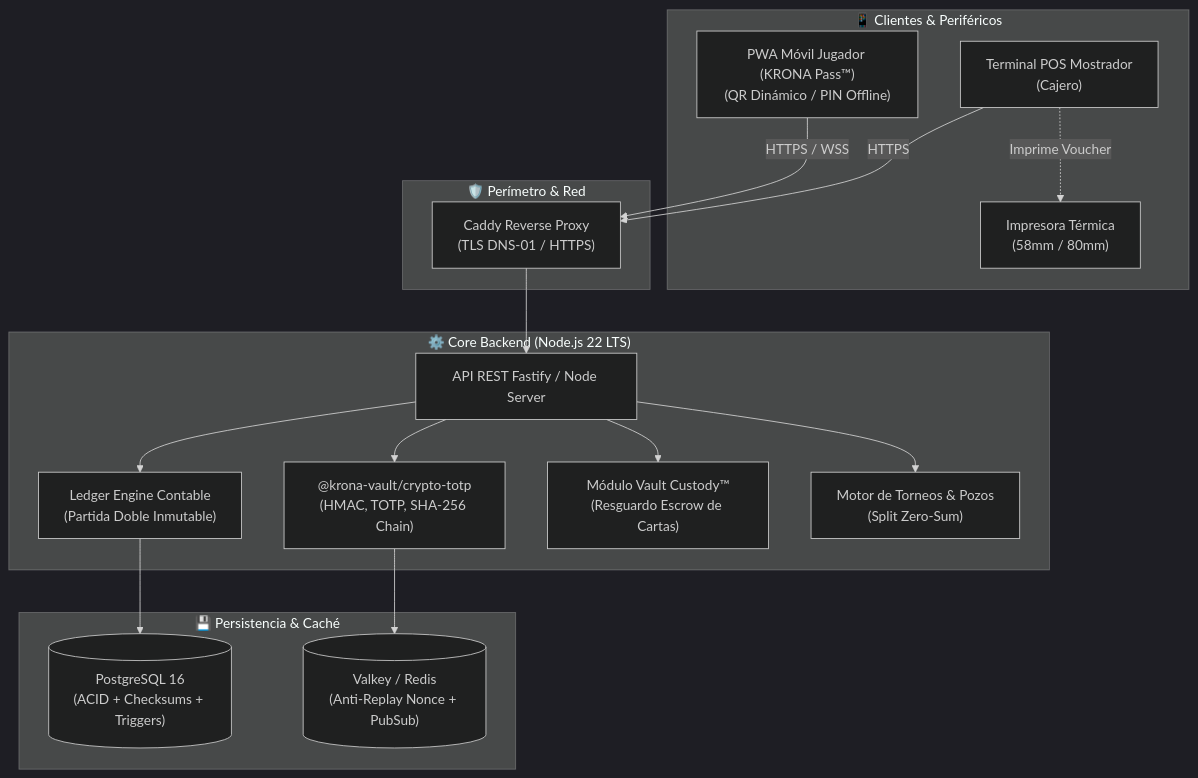
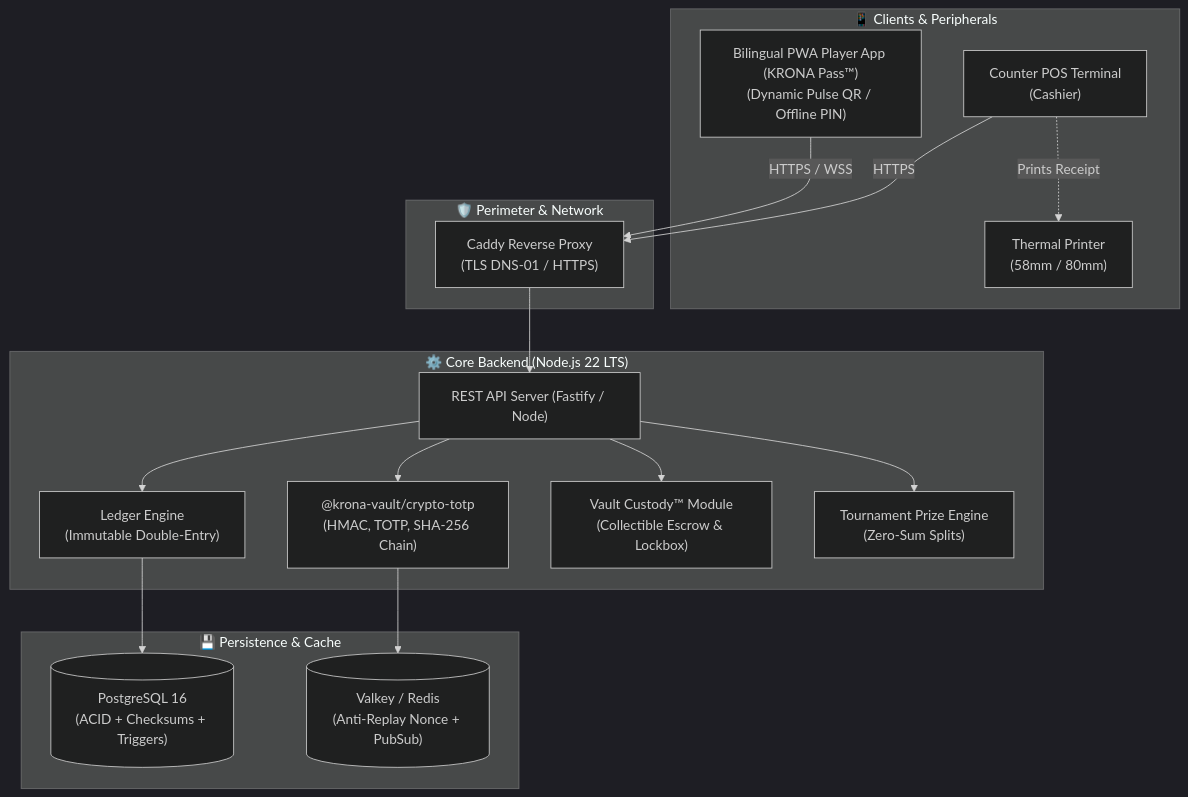
Before and after one commit to chamakov/krona-vault: the diagram in docs/ARCHITECTURE.md, drawn with Mermaid (dark theme). The commit also changed other lines of this file and 12 other files, not shown here.

````diff
--- a/docs/ARCHITECTURE.md
+++ b/docs/ARCHITECTURE.md
@@ -9,36 +11,36 @@
 ```mermaid
 flowchart TD
-    subgraph Clientes ["📱 Clientes & Periféricos"]
-        PlayerApp["PWA Móvil Jugador (KRONA Pass™)<br/>(QR Dinámico / PIN Offline)"]
-        PosTerminal["Terminal POS Mostrador<br/>(Cajero)"]
-        ThermalPrinter["Impresora Térmica<br/>(58mm / 80mm)"]
+    subgraph Clients ["📱 Clients & Peripherals"]
+        PlayerApp["Bilingual PWA Player App (KRONA Pass™)<br/>(Dynamic Pulse QR / Offline PIN)"]
+        PosTerminal["Counter POS Terminal<br/>(Cashier)"]
+        ThermalPrinter["Thermal Printer<br/>(58mm / 80mm)"]
     end
 
-    subgraph Proxy ["🛡️ Perímetro & Red"]
+    subgraph Proxy ["🛡️ Perimeter & Network"]
         Caddy["Caddy Reverse Proxy<br/>(TLS DNS-01 / HTTPS)"]
     end
 
     subgraph Backend ["⚙️ Core Backend (Node.js 22 LTS)"]
-        API["API REST Fastify / Node Server"]
+        API["REST API Server (Fastify / Node)"]
         CryptoEngine["@krona-vault/crypto-totp<br/>(HMAC, TOTP, SHA-256 Chain)"]
-        LedgerEngine["Ledger Engine Contable<br/>(Partida Doble Inmutable)"]
-        CustodyEngine["Módulo Vault Custody™<br/>(Resguardo Escrow de Cartas)"]
-        TournamentEngine["Motor de Torneos & Pozos<br/>(Split Zero-Sum)"]
+        LedgerEngine["Ledger Engine<br/>(Immutable Double-Entry)"]
+        CustodyEngine["Vault Custody™ Module<br/>(Collectible Escrow & Lockbox)"]
+        TournamentEngine["Tournament Prize Engine<br/>(Zero-Sum Splits)"]
     end
 
-    subgraph Storage ["💾 Persistencia & Caché"]
+    subgraph Storage ["💾 Persistence & Cache"]
         Postgres[("PostgreSQL 16<br/>(ACID + Checksums + Triggers)")]
         Valkey[("Valkey / Redis<br/>(Anti-Replay Nonce + PubSub)")]
     end
 
     PlayerApp -->|HTTPS / WSS| Caddy
     PosTerminal -->|HTTPS| Caddy
     Caddy --> API
     API --> CryptoEngine
     API --> LedgerEngine
     API --> CustodyEngine
     API --> TournamentEngine
     LedgerEngine --> Postgres
     CryptoEngine --> Valkey
-    PosTerminal -.->|Imprime Voucher| ThermalPrinter
+    PosTerminal -.->|Prints Receipt| ThermalPrinter
 ```
````
